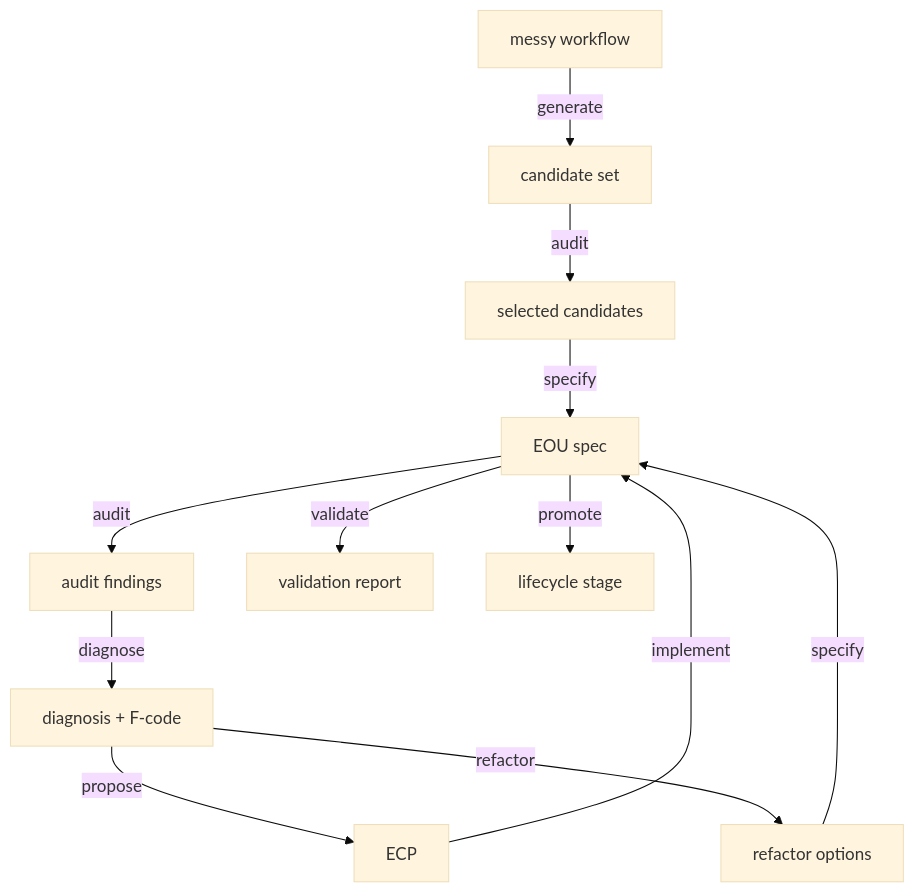
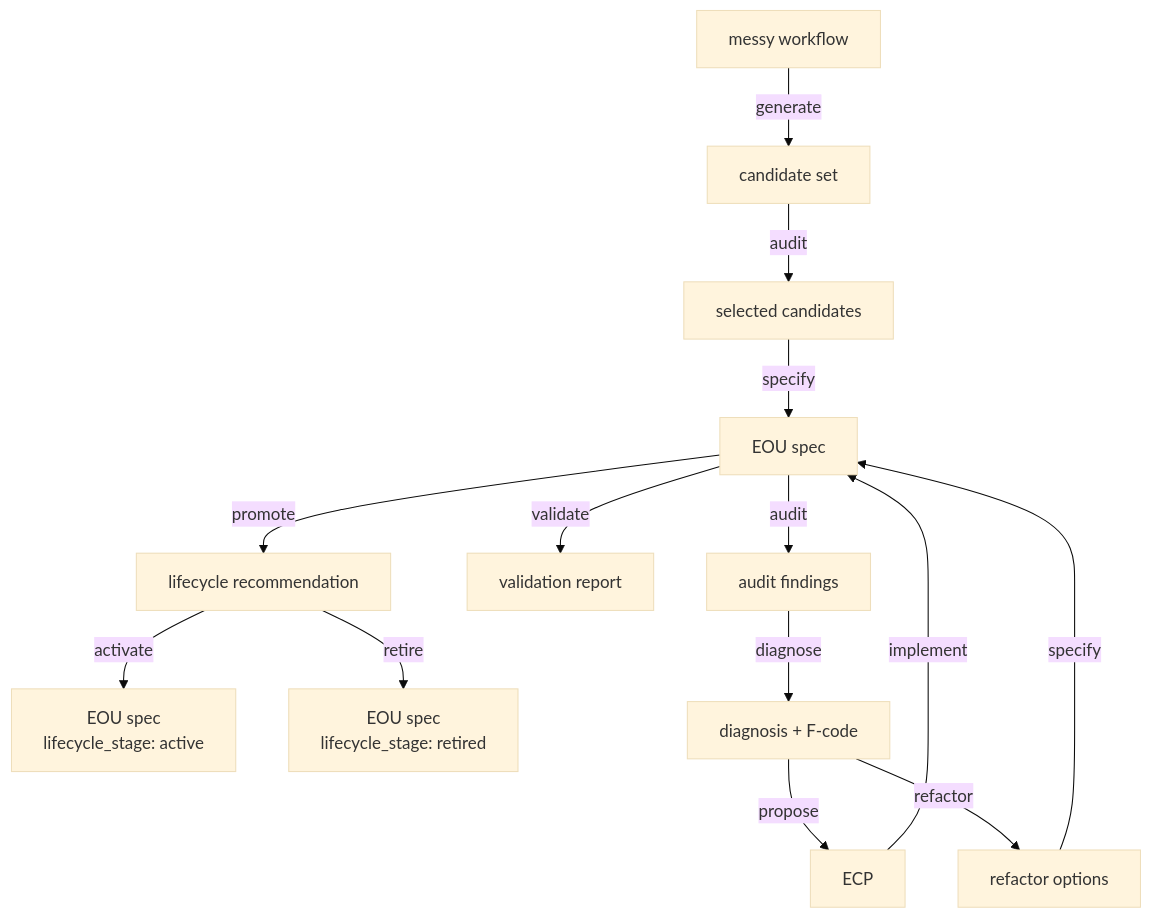
One commit to xiaolai/eou-foundry changed the first of 5 diagrams in dev-docs/02-architecture.md. Above: the diagram before and after it, drawn with Mermaid (base theme). The commit also changed other lines of this file and 12 other files, not shown here.

````diff
--- a/dev-docs/02-architecture.md
+++ b/dev-docs/02-architecture.md
@@ -74,14 +77,16 @@
 ```mermaid
 flowchart TD
     WF["messy workflow"] -->|generate| CAND["candidate set"]
     CAND -->|audit| SEL["selected candidates"]
     SEL -->|specify| SPEC["EOU spec"]
     SPEC -->|audit| AR["audit findings"]
     SPEC -->|validate| VR["validation report"]
-    SPEC -->|promote| LS["lifecycle stage"]
+    SPEC -->|promote| REC["lifecycle recommendation"]
+    REC -->|activate| ACTIVE["EOU spec\nlifecycle_stage: active"]
+    REC -->|retire| RET["EOU spec\nlifecycle_stage: retired"]
     AR -->|diagnose| DIAG["diagnosis + F-code"]
     DIAG -->|propose| ECP["ECP"]
     DIAG -->|refactor| RO["refactor options"]
     ECP -->|implement| SPEC
     RO -->|specify| SPEC
 ```
````
